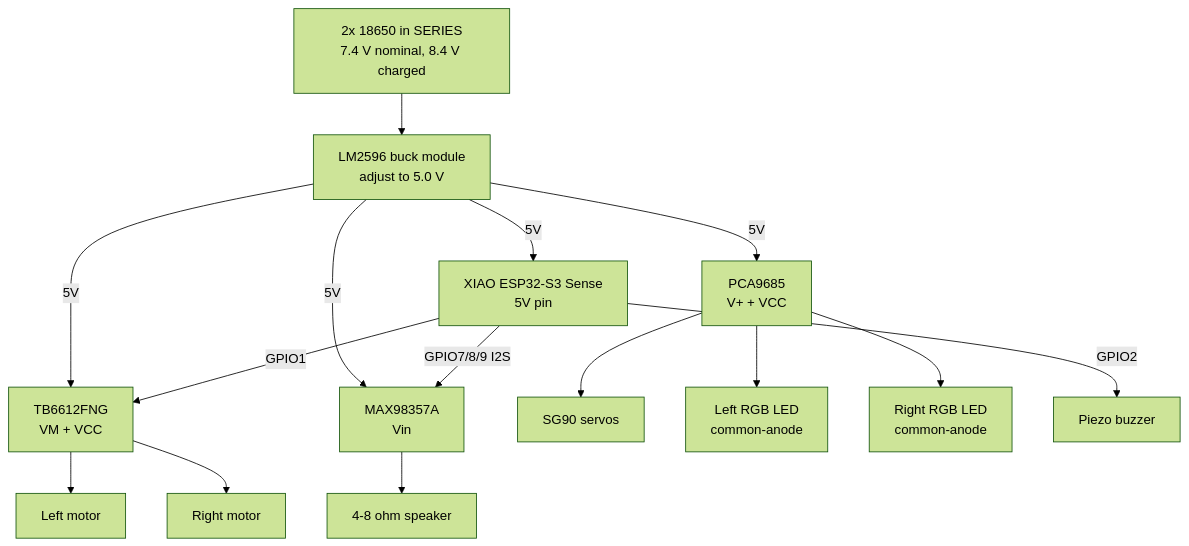
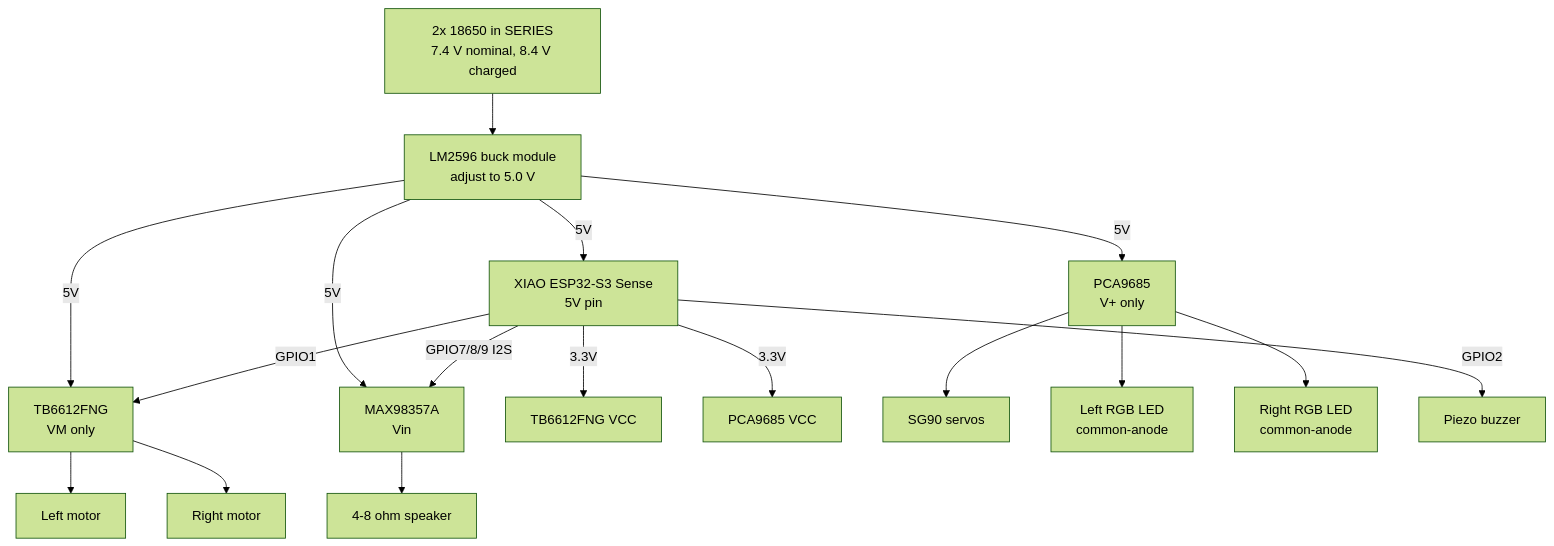
One commit to laurigates/mcu-tinkering-lab changed the diagram in packages/robocar/unified/WIRING.md. Above: the diagram before and after it, drawn with Mermaid (forest theme). The commit also changed other lines of this file and 2 other files, not shown here.

First line of the commit message:
docs(robocar-unified): the TB6612FNG and PCA9685 logic rails are 3.3 V, not 5 V

````diff
--- a/packages/robocar/unified/WIRING.md
+++ b/packages/robocar/unified/WIRING.md
@@ -80,18 +80,20 @@
 ```mermaid
 graph TD
     Bat[2x 18650 in SERIES<br/>7.4 V nominal, 8.4 V charged] --> Buck[LM2596 buck module<br/>adjust to 5.0 V]
     Buck -->|5V| XIAO[XIAO ESP32-S3 Sense<br/>5V pin]
-    Buck -->|5V| MD[TB6612FNG<br/>VM + VCC]
-    Buck -->|5V| PCA[PCA9685<br/>V+ + VCC]
+    Buck -->|5V| MD[TB6612FNG<br/>VM only]
+    Buck -->|5V| PCA[PCA9685<br/>V+ only]
     Buck -->|5V| AMP[MAX98357A<br/>Vin]
+    XIAO -->|3.3V| MD_L[TB6612FNG VCC]
+    XIAO -->|3.3V| PCA_L[PCA9685 VCC]
     PCA --> Servos[SG90 servos]
     MD --> ML[Left motor]
     MD --> MR[Right motor]
     PCA --> LED_L[Left RGB LED<br/>common-anode]
     PCA --> LED_R[Right RGB LED<br/>common-anode]
     XIAO -->|GPIO2| Piezo[Piezo buzzer]
     XIAO -->|GPIO1| MD
     XIAO -->|GPIO7/8/9 I2S| AMP
     AMP --> SPK[4-8 ohm speaker]
     classDef gnd fill:#ccc,stroke:#333
 ```
````
